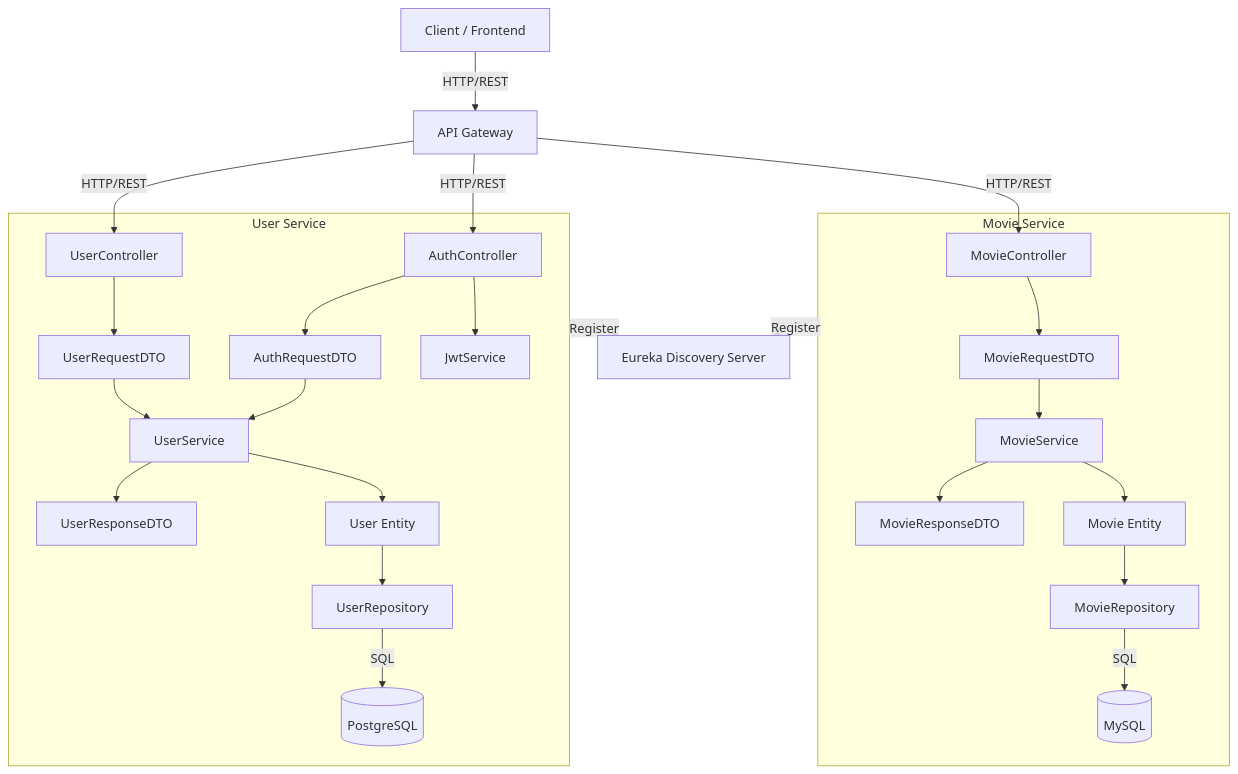
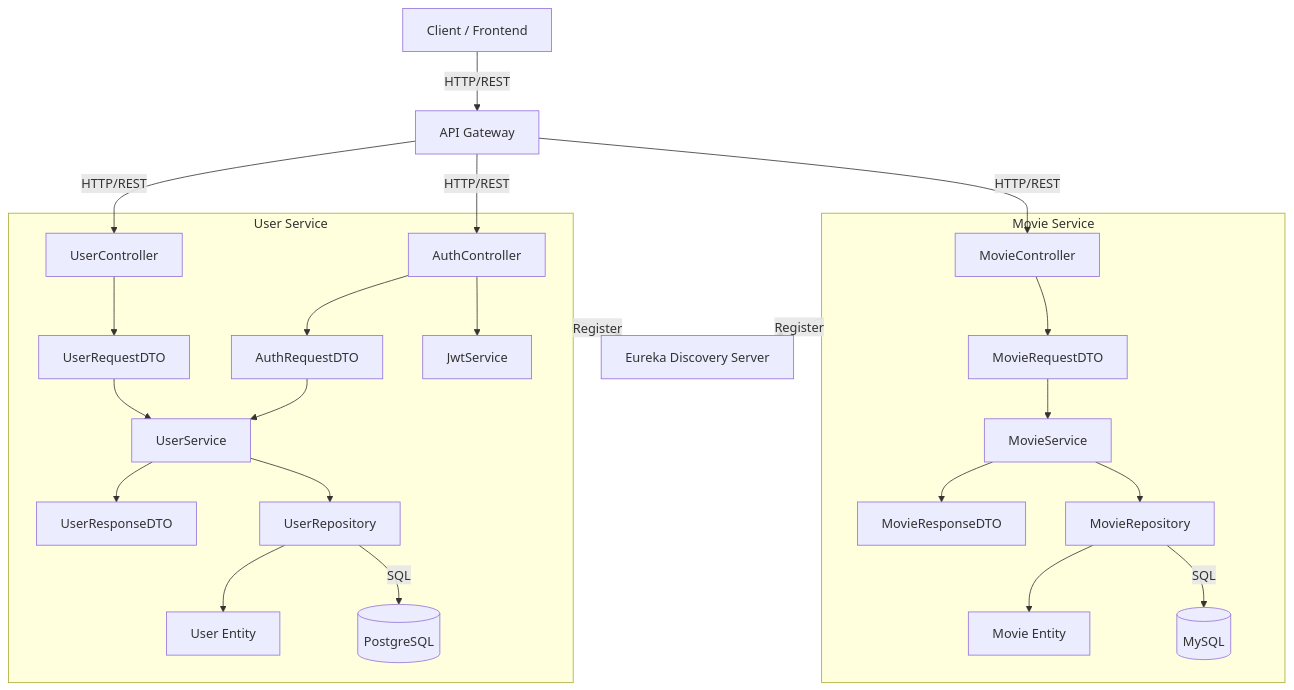
One commit to lukenab/cine-prime changed the diagram in docs/architecture/Design Detailed Service-Level Diagrams for Sprint 1.md. Above: the diagram before and after it, drawn with Mermaid. The commit also changed other lines of this file and 106 other files, not shown here.

```diff
--- a/docs/architecture/Design Detailed Service-Level Diagrams for Sprint 1.md
+++ b/docs/architecture/Design Detailed Service-Level Diagrams for Sprint 1.md
@@ -57,11 +57,9 @@
         AC --> JS
 
         US --> USD
+        US --> UR
 
-        US --> UE
-
-        UE --> UR
-
+        UR --> UE
         UR -->|SQL| PG
 
     end
@@ -88,11 +86,9 @@
         MRD --> MS
 
         MS --> MSD
+        MS --> MR
 
-        MS --> ME
-
-        ME --> MR
-
+        MR --> ME
         MR -->|SQL| MY
 
     end
```
